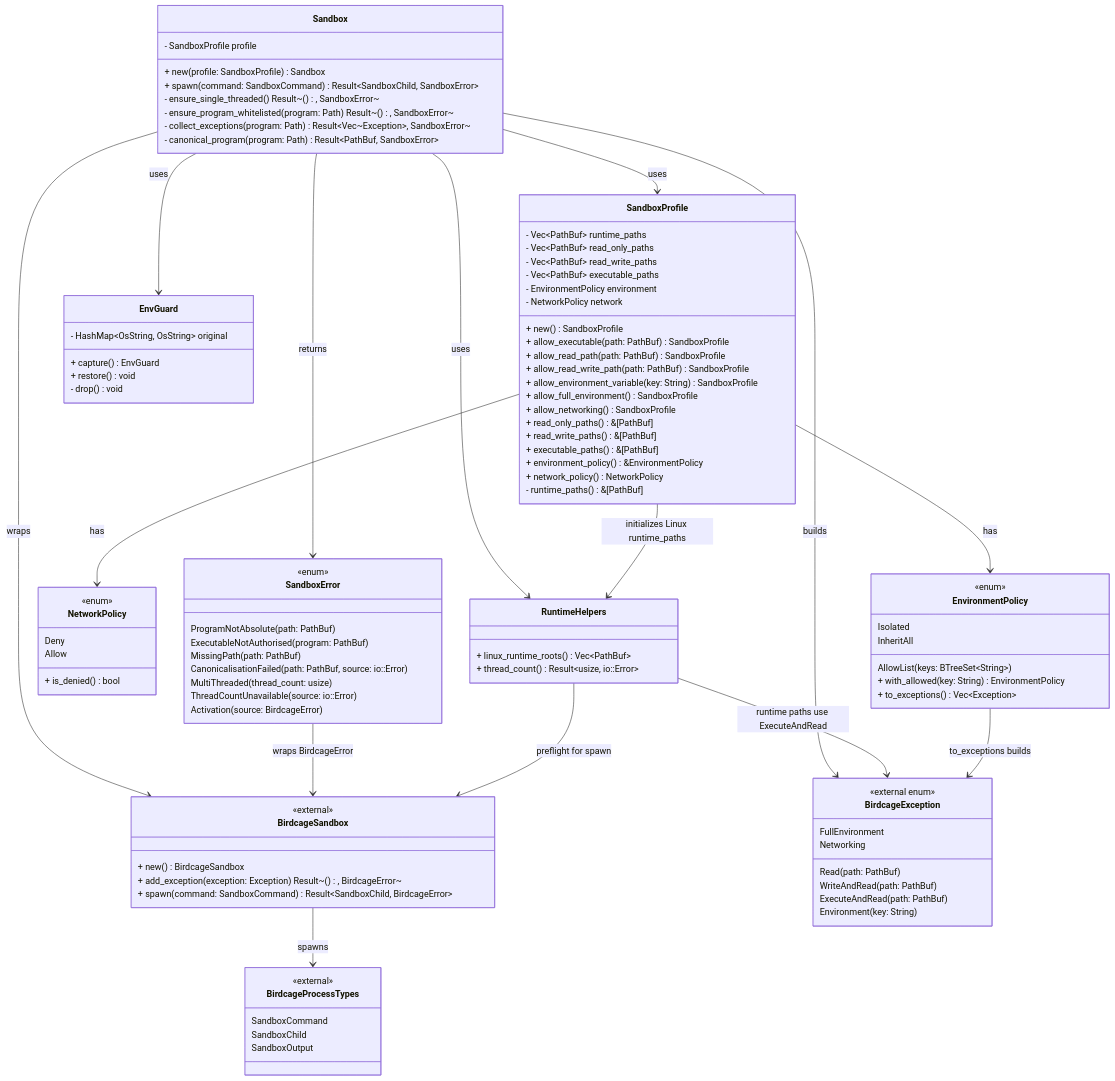
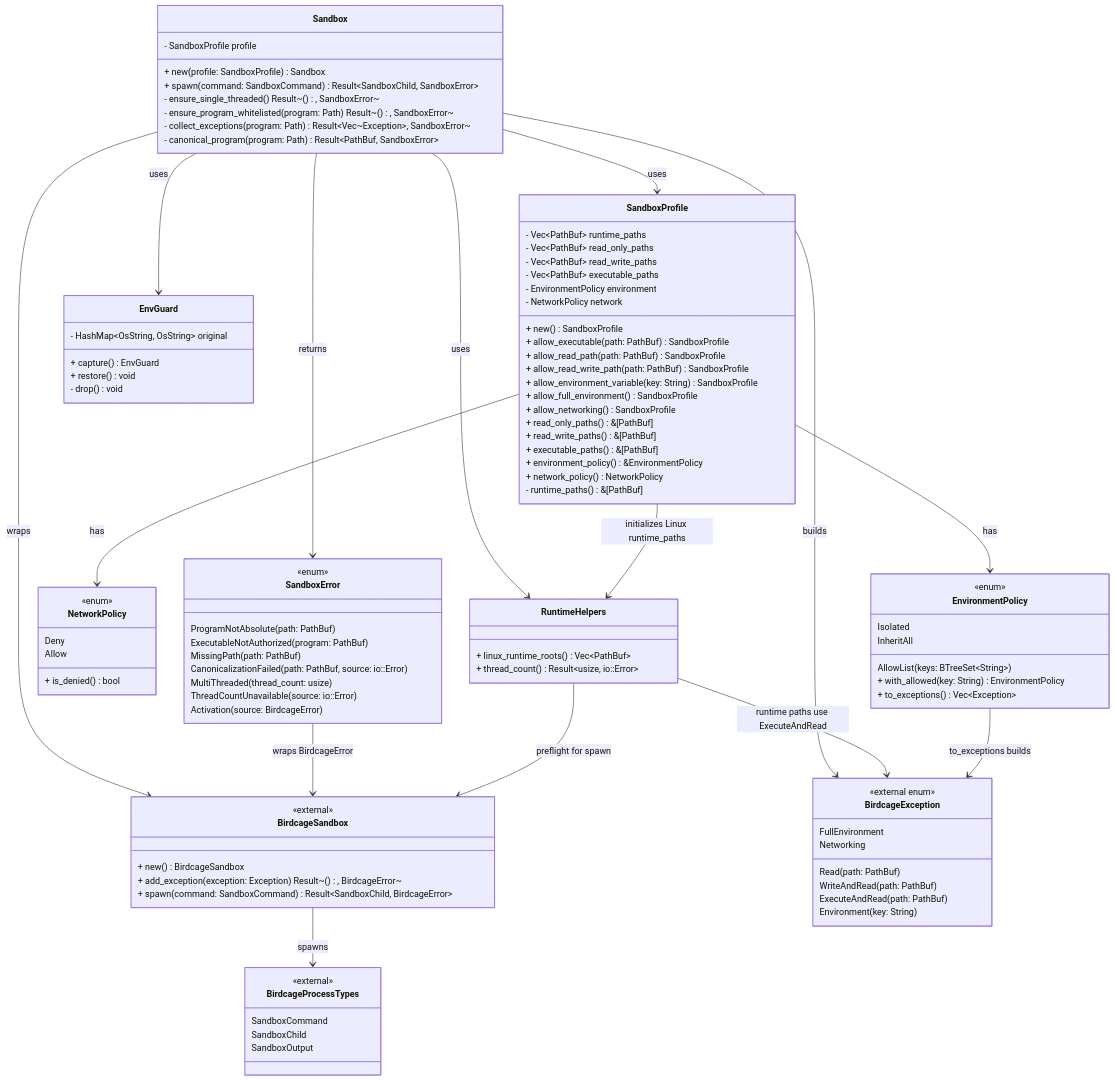
Before and after one commit to leynos/weaver: diagram 12 of 12 in docs/weaver-design.md, drawn with Mermaid. The commit also changed other lines of this file and 102 other files, not shown here.

```diff
--- a/docs/weaver-design.md
+++ b/docs/weaver-design.md
@@ -2651,9 +2651,9 @@
     class SandboxError {
         <<enum>>
         ProgramNotAbsolute(path: PathBuf)
-        ExecutableNotAuthorised(program: PathBuf)
+        ExecutableNotAuthorized(program: PathBuf)
         MissingPath(path: PathBuf)
-        CanonicalisationFailed(path: PathBuf, source: io::Error)
+        CanonicalizationFailed(path: PathBuf, source: io::Error)
         MultiThreaded(thread_count: usize)
         ThreadCountUnavailable(source: io::Error)
         Activation(source: BirdcageError)
```
